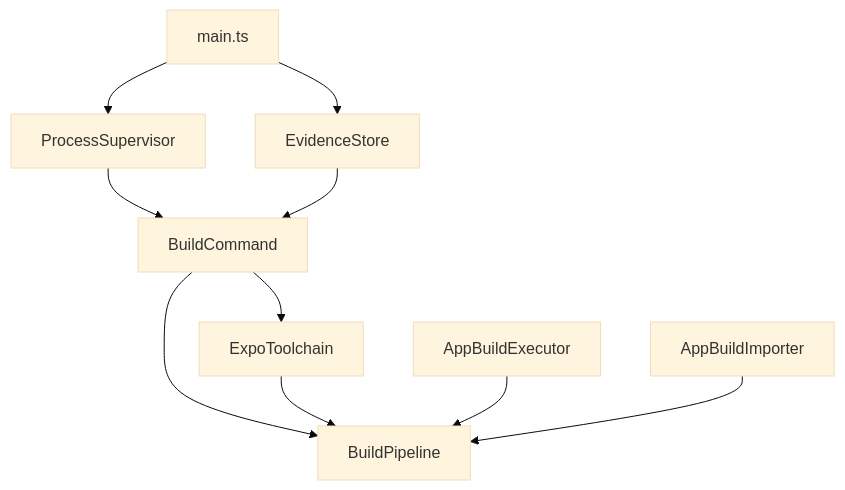
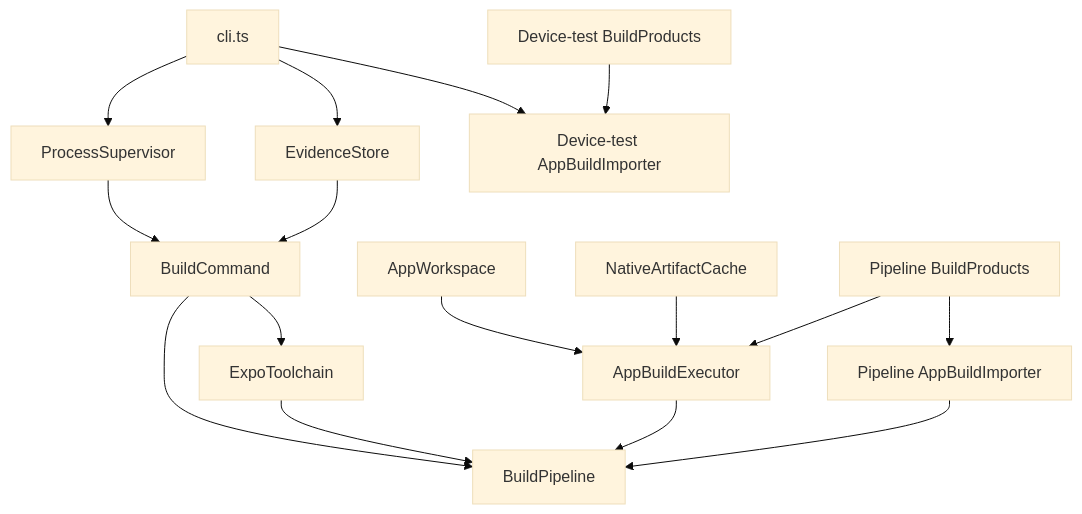
One commit to okikeSolutions/better-native changed the first of 4 diagrams in docs/architecture.md. Above: the diagram before and after it, drawn with Mermaid (base theme). The commit also changed other lines of this file, not shown here.

````diff
--- a/docs/architecture.md
+++ b/docs/architecture.md
@@ -158,21 +161,32 @@
 ```mermaid
 flowchart TB
-  Main["main.ts"]
+  Main["cli.ts"]
   Process["ProcessSupervisor"]
   Evidence["EvidenceStore"]
   Command["BuildCommand"]
   Toolchain["ExpoToolchain"]
   Pipeline["BuildPipeline"]
+  Workspace["AppWorkspace"]
+  Cache["NativeArtifactCache"]
+  PipelineProducts["Pipeline BuildProducts"]
   Executor["AppBuildExecutor"]
-  Importer["AppBuildImporter"]
+  PipelineImporter["Pipeline AppBuildImporter"]
+  DeviceProducts["Device-test BuildProducts"]
+  DeviceImporter["Device-test AppBuildImporter"]
 
   Main --> Process
   Main --> Evidence
   Process --> Command
   Evidence --> Command
   Command --> Toolchain
   Command --> Pipeline
   Toolchain --> Pipeline
+  Workspace --> Executor
+  Cache --> Executor
+  PipelineProducts --> Executor
   Executor --> Pipeline
-  Importer --> Pipeline
+  PipelineProducts --> PipelineImporter
+  PipelineImporter --> Pipeline
+  Main --> DeviceImporter
+  DeviceProducts --> DeviceImporter
 ```
````
